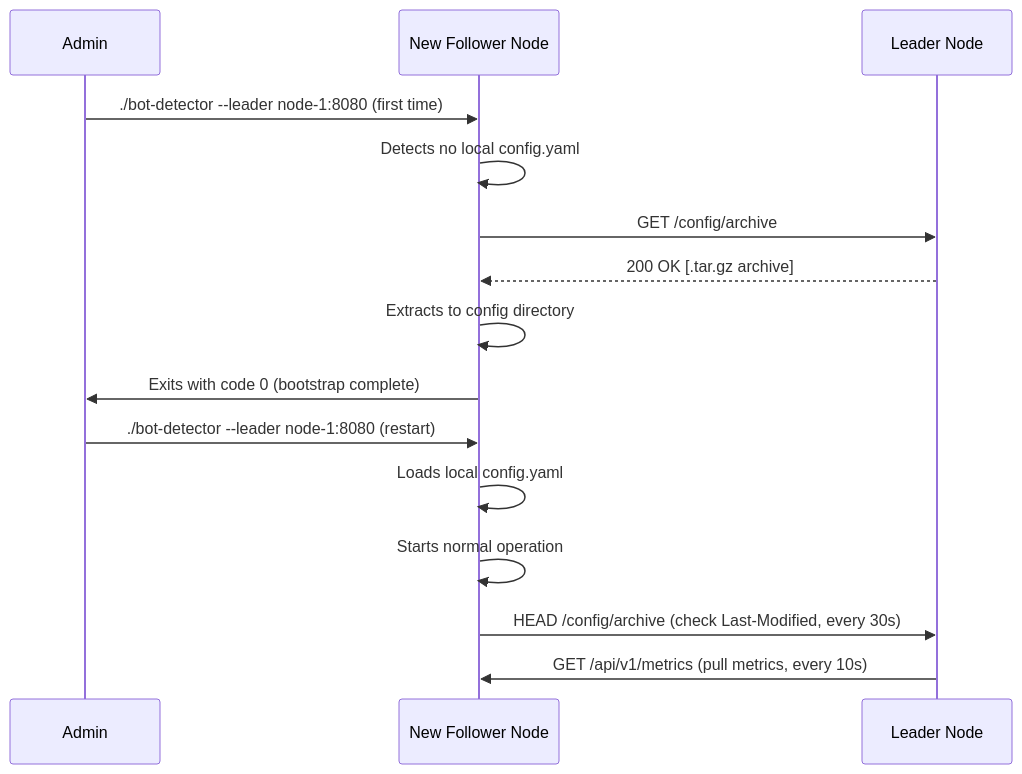
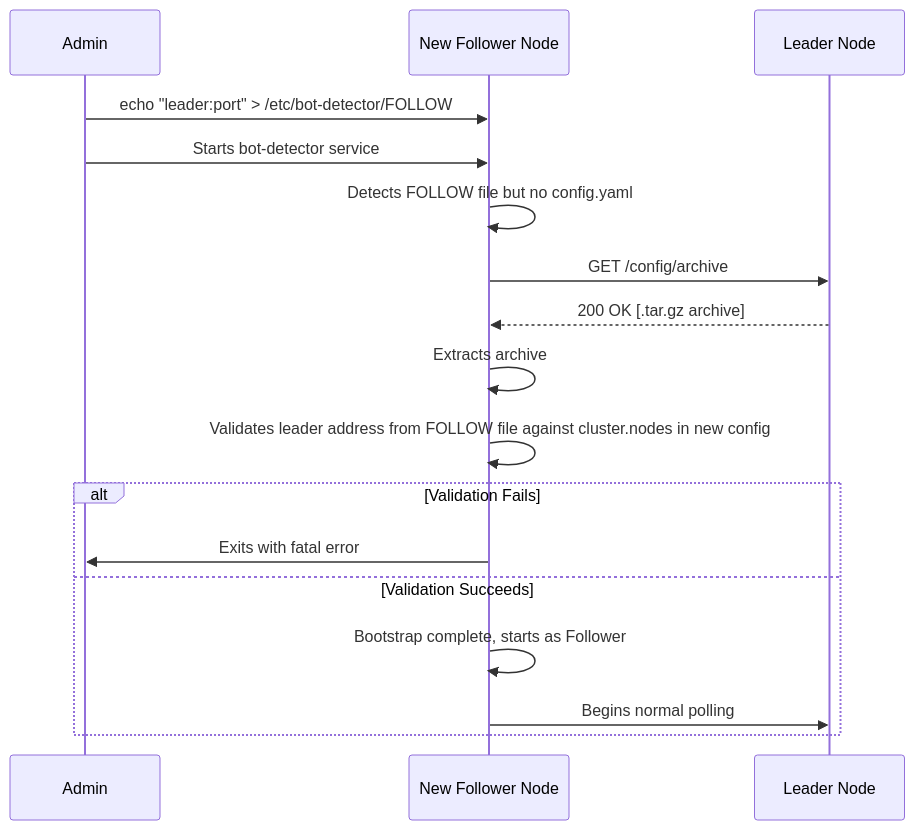
One commit to metabrainz/bot-detector changed the second of 3 diagrams in docs/ClusterConfiguration.md. Above: the diagram before and after it, drawn with Mermaid. The commit also changed other lines of this file, not shown here.

First line of the commit message:
Update Cluster plan

````diff
--- a/docs/ClusterConfiguration.md
+++ b/docs/ClusterConfiguration.md
@@ -208,19 +218,20 @@
 ```mermaid
 sequenceDiagram
     participant Admin
     participant NewFollower as New Follower Node
     participant Leader as Leader Node
 
-    Admin->>NewFollower: ./bot-detector --leader node-1:8080 (first time)
-    NewFollower->>NewFollower: Detects no local config.yaml
+    Admin->>NewFollower: echo "leader:port" > /etc/bot-detector/FOLLOW
+    Admin->>NewFollower: Starts bot-detector service
+    NewFollower->>NewFollower: Detects FOLLOW file but no config.yaml
     NewFollower->>Leader: GET /config/archive
     Leader-->>NewFollower: 200 OK [.tar.gz archive]
-    NewFollower->>NewFollower: Extracts to config directory
-    NewFollower->>Admin: Exits with code 0 (bootstrap complete)
-
-    Admin->>NewFollower: ./bot-detector --leader node-1:8080 (restart)
-    NewFollower->>NewFollower: Loads local config.yaml
-    NewFollower->>NewFollower: Starts normal operation
-    NewFollower->>Leader: HEAD /config/archive (check Last-Modified, every 30s)
-    Leader->>NewFollower: GET /api/v1/metrics (pull metrics, every 10s)
+    NewFollower->>NewFollower: Extracts archive
+    NewFollower->>NewFollower: Validates leader address from FOLLOW file against cluster.nodes in new config
+    alt Validation Fails
+        NewFollower->>Admin: Exits with fatal error
+    else Validation Succeeds
+        NewFollower->>NewFollower: Bootstrap complete, starts as Follower
+        NewFollower->>Leader: Begins normal polling
+    end
 ```
````
